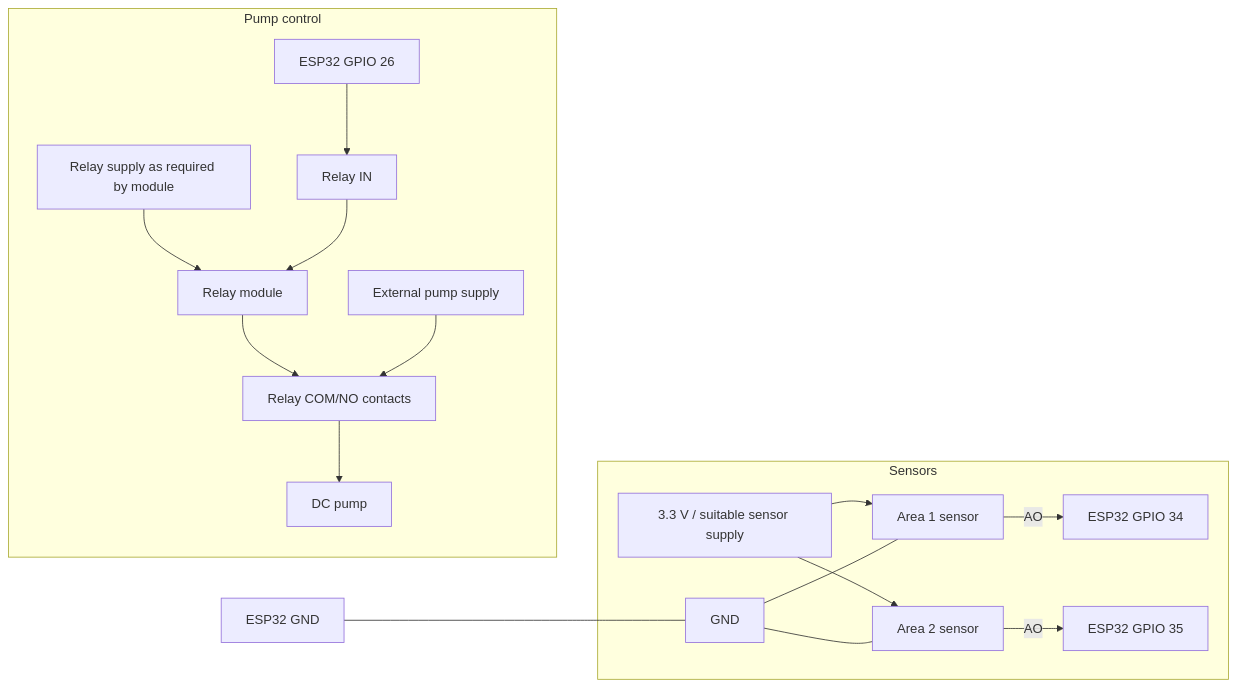
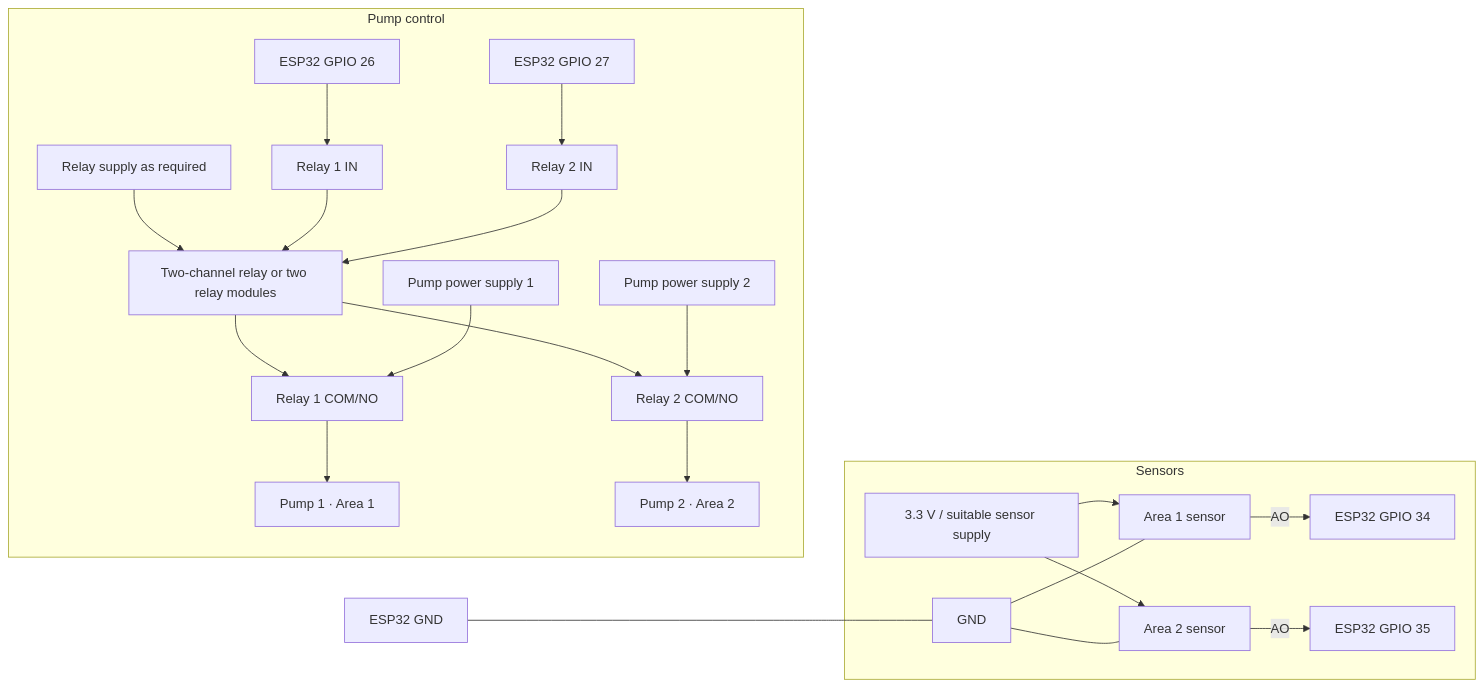
One commit to abhijarvis/water-irrigation changed the second of 2 diagrams in README.md. Above: the diagram before and after it, drawn with Mermaid. The commit also changed other lines of this file, not shown here.

Commit message:
Document independent pumps for two-sensor irrigation

````diff
--- a/README.md
+++ b/README.md
@@ -28,20 +31,25 @@
 ```mermaid
 flowchart LR
     subgraph Sensors
       A["Area 1 sensor"] -- "AO" --> G34["ESP32 GPIO 34"]
       B["Area 2 sensor"] -- "AO" --> G35["ESP32 GPIO 35"]
       V["3.3 V / suitable sensor supply"] --> A
       V --> B
       GND["GND"] --- A
       GND --- B
     end
     subgraph Pump control
-      G26["ESP32 GPIO 26"] --> IN["Relay IN"]
-      RV["Relay supply as required by module"] --> REL["Relay module"]
-      IN --> REL
-      REL --> CONTACTS["Relay COM/NO contacts"]
-      EXT["External pump supply"] --> CONTACTS
-      CONTACTS --> MOTOR["DC pump"]
+      G26["ESP32 GPIO 26"] --> IN1["Relay 1 IN"]
+      G27["ESP32 GPIO 27"] --> IN2["Relay 2 IN"]
+      RV["Relay supply as required"] --> REL["Two-channel relay or two relay modules"]
+      IN1 --> REL
+      IN2 --> REL
+      REL --> CONTACTS1["Relay 1 COM/NO"]
+      REL --> CONTACTS2["Relay 2 COM/NO"]
+      EXT["Pump power supply 1"] --> CONTACTS1
+      EXT2["Pump power supply 2"] --> CONTACTS2
+      CONTACTS1 --> MOTOR1["Pump 1 · Area 1"]
+      CONTACTS2 --> MOTOR2["Pump 2 · Area 2"]
     end
     EG["ESP32 GND"] --- GND
 ```
````
